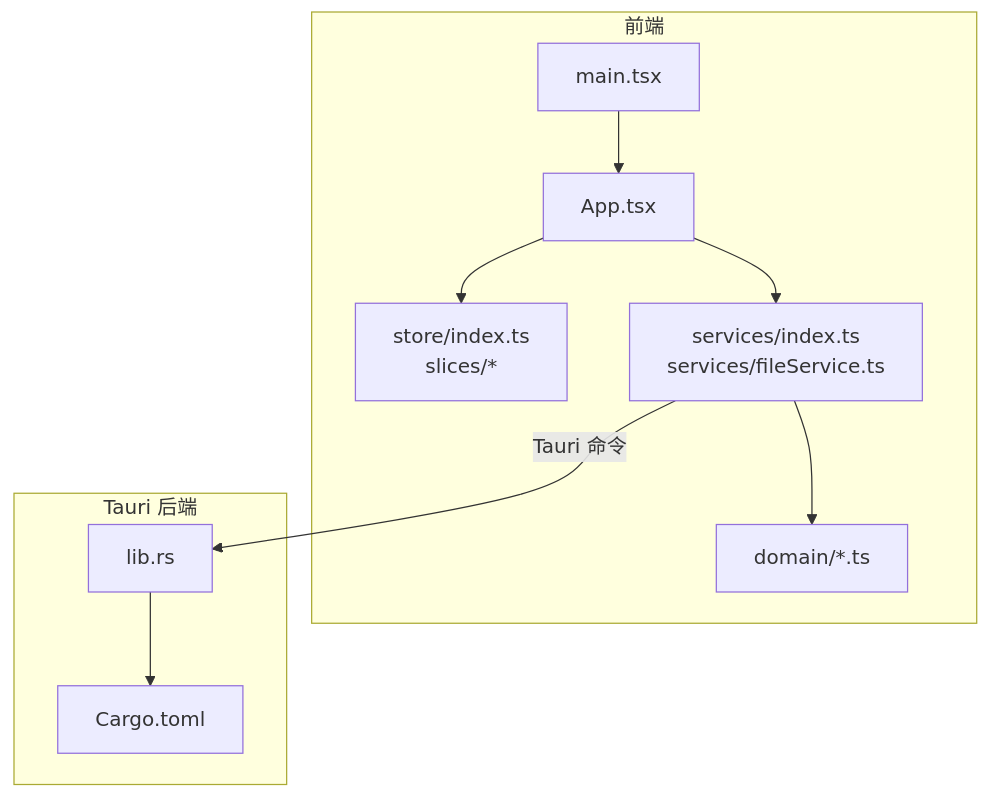
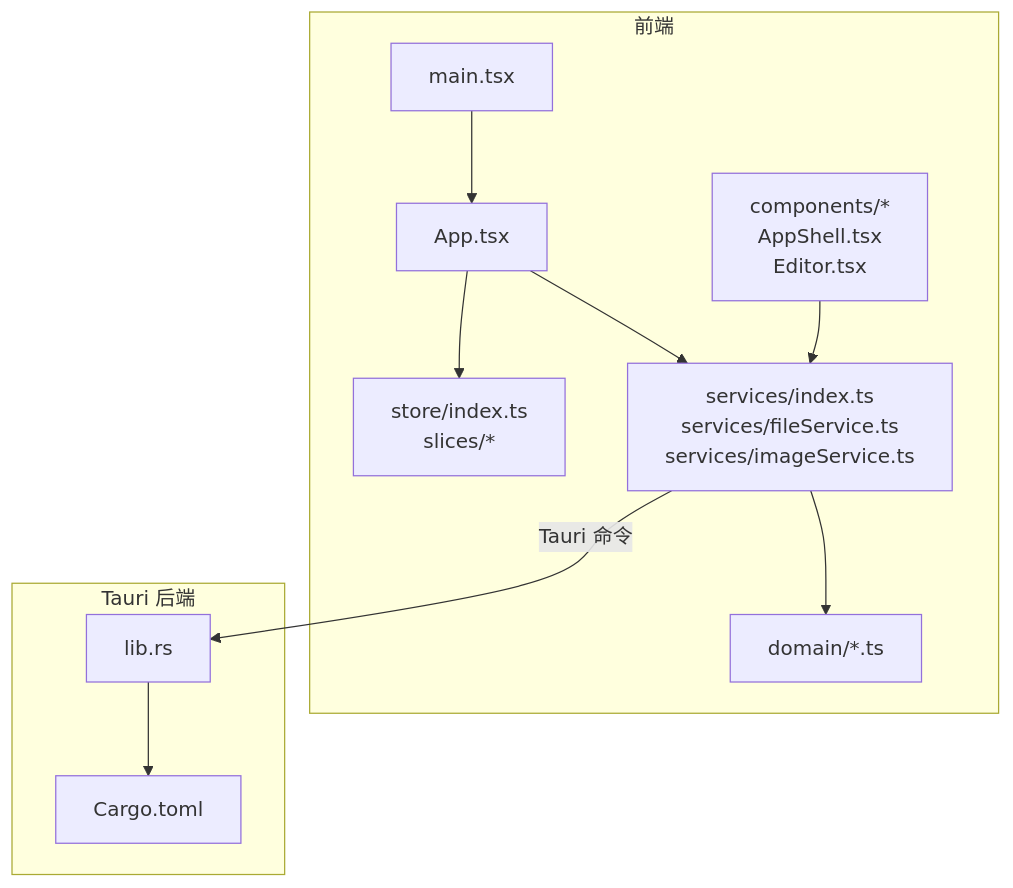
The first of 9 diagrams in .qoder/repowiki/zh/content/核心组件/服务层架构.md (gongshiyun/ZenNote), drawn with Mermaid before and after one commit. The commit also changed other lines of this file and 88 other files, not shown here.

````diff
--- a/.qoder/repowiki/zh/content/核心组件/服务层架构.md
+++ b/.qoder/repowiki/zh/content/核心组件/服务层架构.md
@@ -39,20 +52,22 @@
 ```mermaid
 graph TB
 subgraph "前端"
 FE_App["App.tsx"]
 FE_Main["main.tsx"]
 FE_Store["store/index.ts<br/>slices/*"]
-FE_Services["services/index.ts<br/>services/fileService.ts"]
+FE_Services["services/index.ts<br/>services/fileService.ts<br/>services/imageService.ts"]
 FE_Domain["domain/*.ts"]
+FE_Components["components/*<br/>AppShell.tsx<br/>Editor.tsx"]
 end
 subgraph "Tauri 后端"
 BE_Lib["lib.rs"]
 BE_Config["Cargo.toml"]
 end
 FE_App --> FE_Store
 FE_App --> FE_Services
 FE_Main --> FE_App
+FE_Components --> FE_Services
 FE_Services --> FE_Domain
 FE_Services --> |Tauri 命令| BE_Lib
 BE_Lib --> BE_Config
 ```
````
